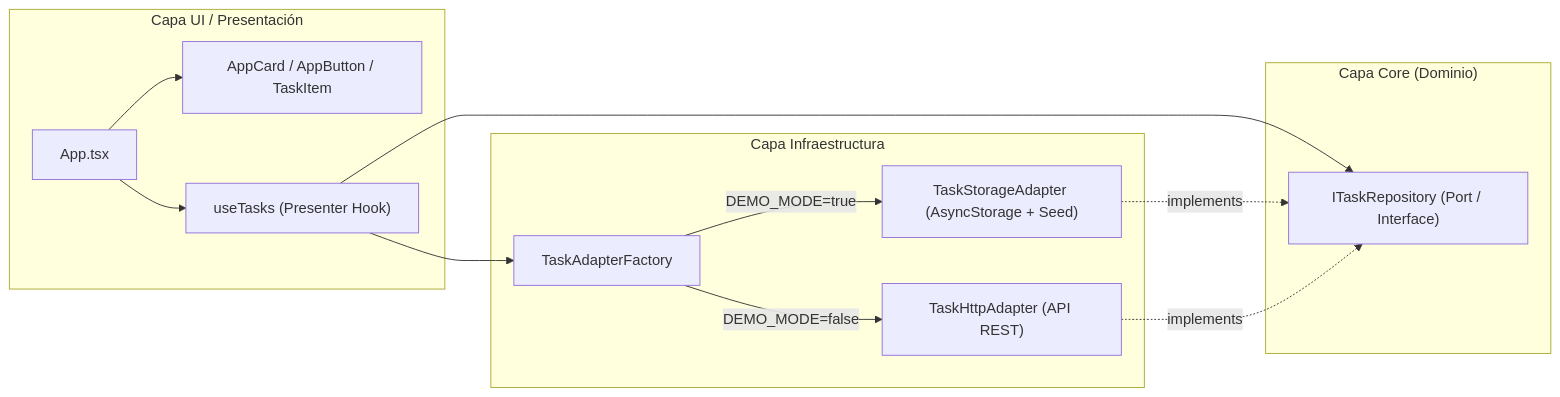
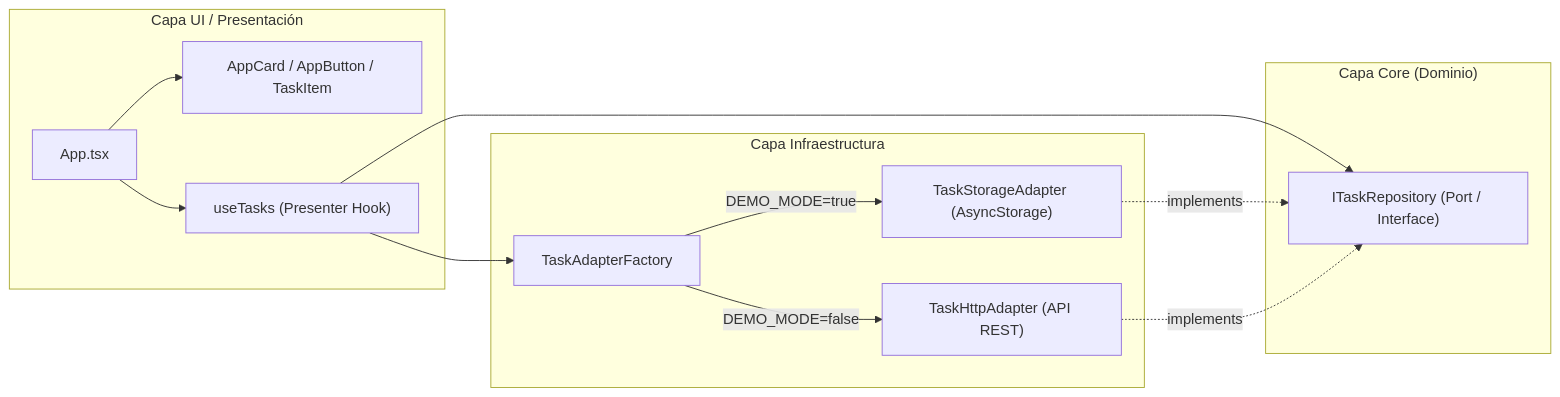
The diagram in README.md (ginans/todo-list-mobile-IPSS), drawn with Mermaid before and after one commit. The commit also changed other lines of this file and 7 other files, not shown here.

````diff
--- a/README.md
+++ b/README.md
@@ -47,27 +47,27 @@
 ```mermaid
 flowchart LR
     subgraph UI ["Capa UI / Presentación"]
         Screen["App.tsx"]
         Comp["AppCard / AppButton / TaskItem"]
         Hook["useTasks (Presenter Hook)"]
     end
 
     subgraph Core ["Capa Core (Dominio)"]
         Port["ITaskRepository (Port / Interface)"]
     end
 
     subgraph Infra ["Capa Infraestructura"]
         Factory["TaskAdapterFactory"]
-        Storage["TaskStorageAdapter (AsyncStorage + Seed)"]
+        Storage["TaskStorageAdapter (AsyncStorage)"]
         Http["TaskHttpAdapter (API REST)"]
     end
 
     Screen --> Comp
     Screen --> Hook
     Hook --> Port
     Hook --> Factory
     Factory -->|DEMO_MODE=true| Storage
     Factory -->|DEMO_MODE=false| Http
     Storage -.->|implements| Port
     Http -.->|implements| Port
 ```
````
